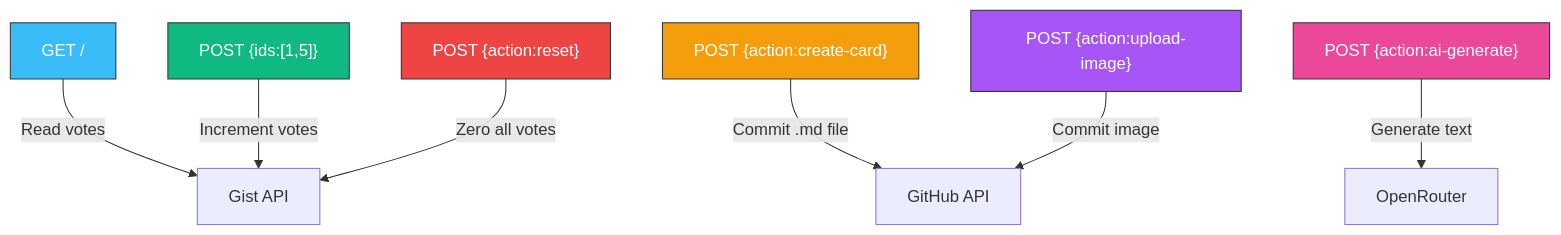
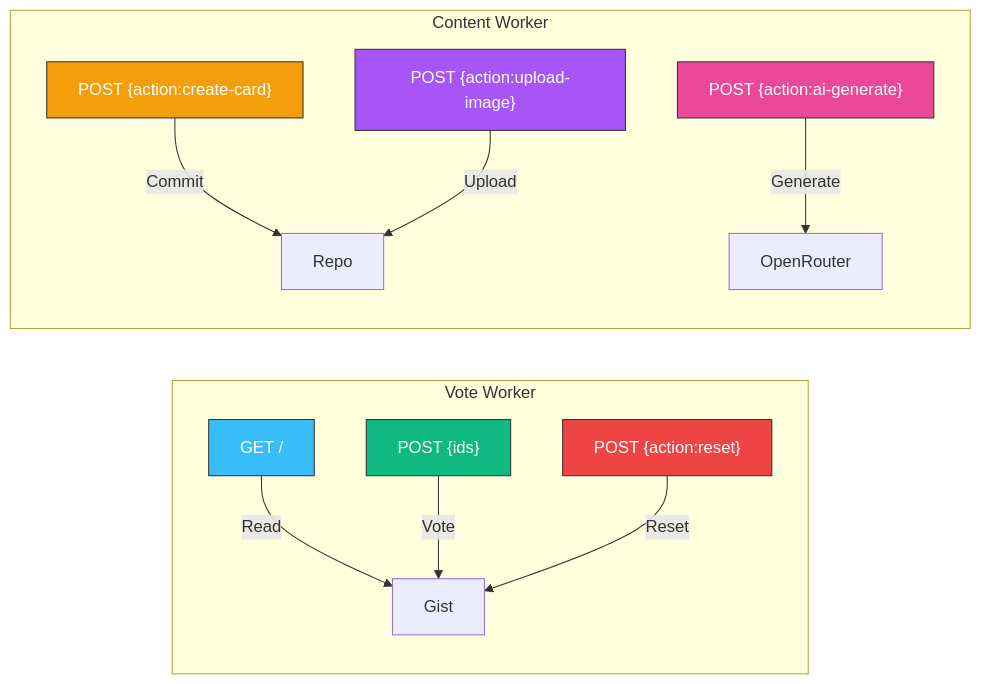
One commit to rifaterdemsahin/claude_certification_exam changed the diagram in formula/deploy/README.md. Above: the diagram before and after it, drawn with Mermaid. The commit also changed other lines of this file and 4 other files, not shown here.

First line of the commit message:
Split into two workers: vote + content

````diff
--- a/formula/deploy/README.md
+++ b/formula/deploy/README.md
@@ -25,16 +13,21 @@
 ```mermaid
-flowchart TD
-    GET["GET /"] -->|"Read votes"| GIST["Gist API"]
-    VOTE["POST {ids:[1,5]}"] -->|"Increment votes"| GIST
-    RESET["POST {action:reset}"] -->|"Zero all votes"| GIST
-    CARD["POST {action:create-card}"] -->|"Commit .md file"| REPO["GitHub API"]
-    IMG["POST {action:upload-image}"] -->|"Commit image"| REPO
-    AI["POST {action:ai-generate}"] -->|"Generate text"| OR["OpenRouter"]
+flowchart LR
+    subgraph "Vote Worker"
+        V1["GET /"] -->|"Read"| G[Gist]
+        V2["POST {ids}"] -->|"Vote"| G
+        V3["POST {action:reset}"] -->|"Reset"| G
+    end
 
-    style GET fill:#38bdf8,stroke:#333,color:#fff
-    style VOTE fill:#10b981,stroke:#333,color:#fff
-    style RESET fill:#ef4444,stroke:#333,color:#fff
-    style CARD fill:#f59e0b,stroke:#333,color:#fff
-    style IMG fill:#a855f7,stroke:#333,color:#fff
-    style AI fill:#ec4899,stroke:#333,color:#fff
+    subgraph "Content Worker"
+        C1["POST {action:create-card}"] -->|"Commit"| R[Repo]
+        C2["POST {action:upload-image}"] -->|"Upload"| R
+        C3["POST {action:ai-generate}"] -->|"Generate"| O[OpenRouter]
+    end
+
+    style V1 fill:#38bdf8,stroke:#333,color:#fff
+    style V2 fill:#10b981,stroke:#333,color:#fff
+    style V3 fill:#ef4444,stroke:#333,color:#fff
+    style C1 fill:#f59e0b,stroke:#333,color:#fff
+    style C2 fill:#a855f7,stroke:#333,color:#fff
+    style C3 fill:#ec4899,stroke:#333,color:#fff
 ```
````
